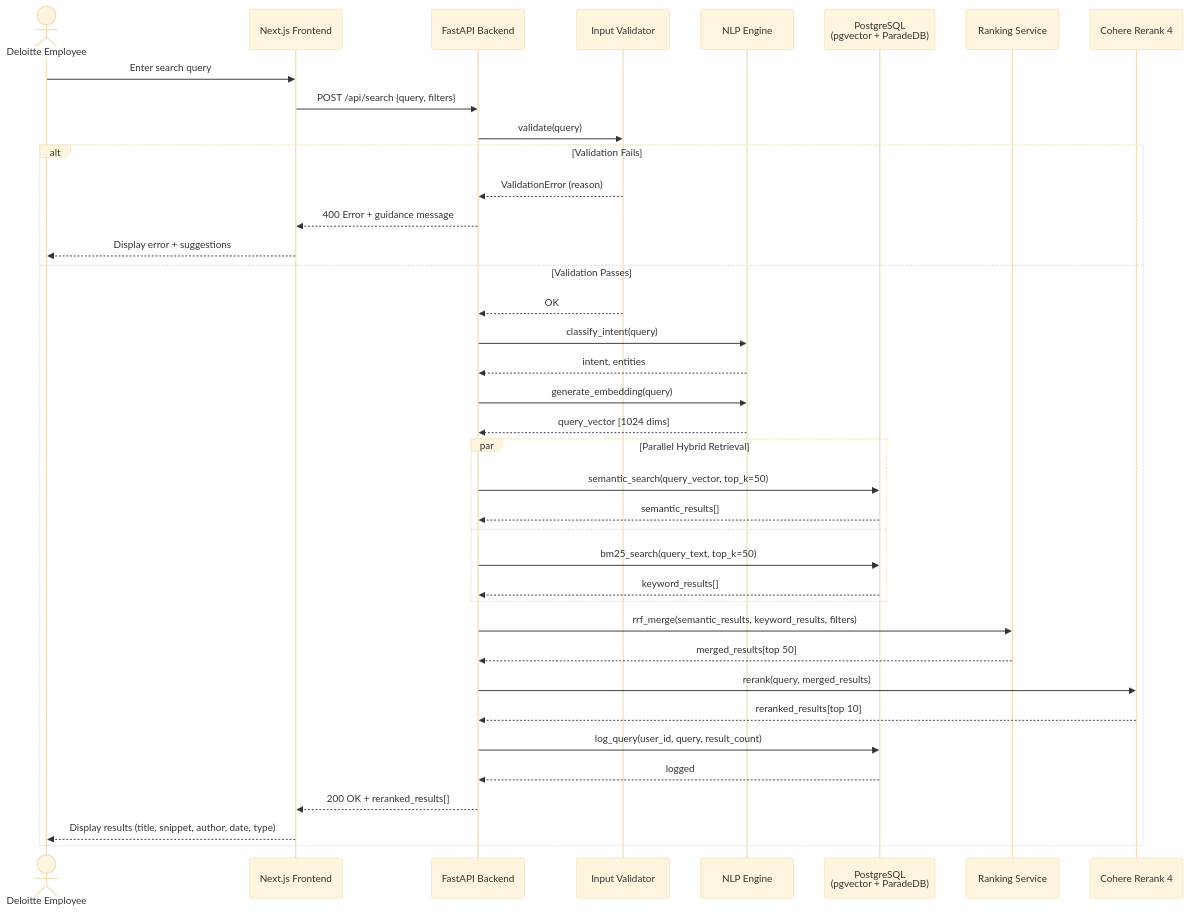
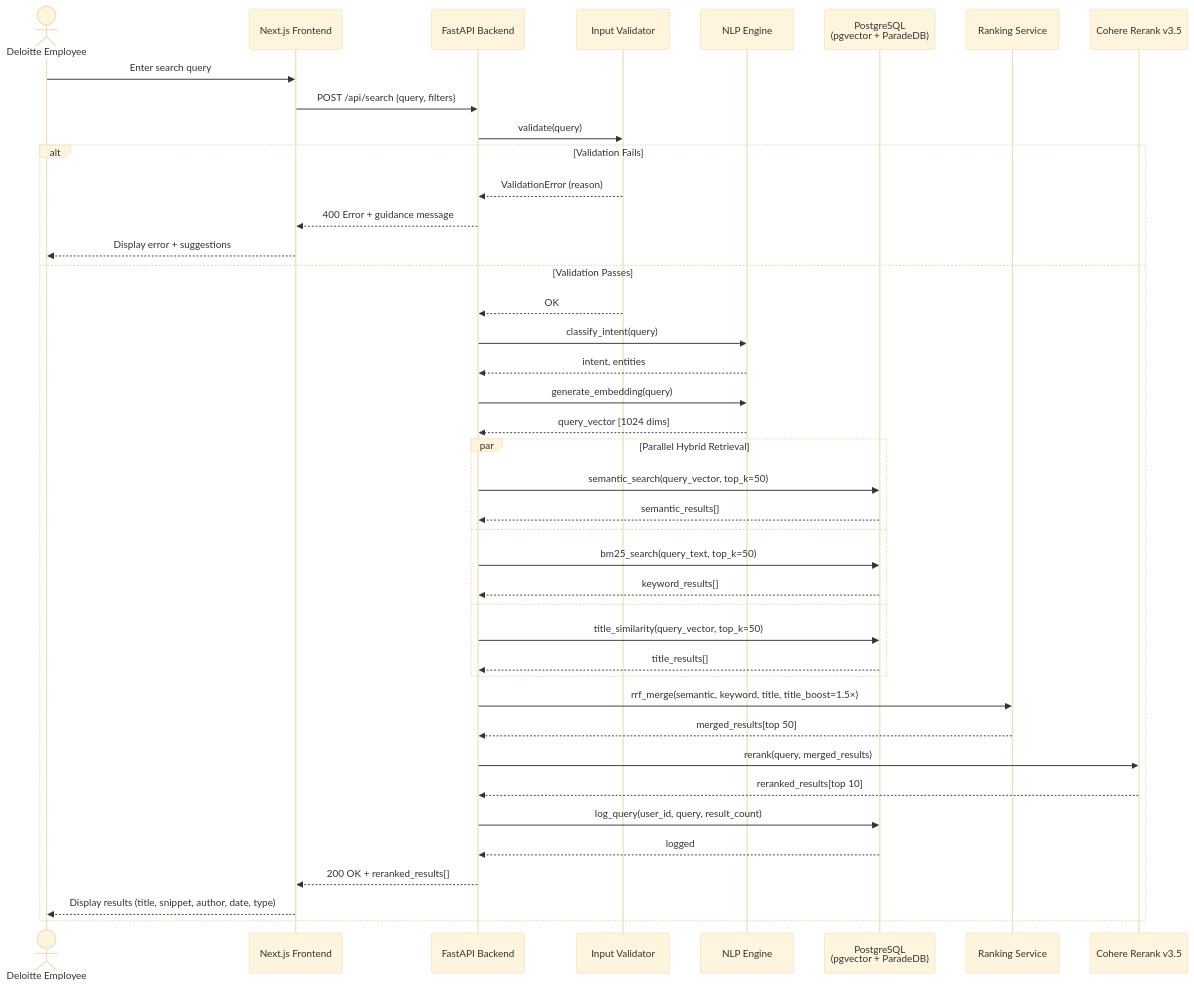
One commit to FlyM1ss/capstone-project changed the diagram in software-engineering/diagrams/sequence.mmd. Above: the diagram before and after it, drawn with Mermaid (base theme). The commit also changed 8 other files, not shown here.

Commit message:
diagram update

```diff
--- a/software-engineering/diagrams/sequence.mmd
+++ b/software-engineering/diagrams/sequence.mmd
@@ -1,42 +1,45 @@
 sequenceDiagram
     actor User as Deloitte Employee
     participant UI as Next.js Frontend
     participant API as FastAPI Backend
     participant Val as Input Validator
     participant NLP as NLP Engine
     participant DB as PostgreSQL<br/>(pgvector + ParadeDB)
     participant Rank as Ranking Service
-    participant RR as Cohere Rerank 4
+    participant RR as Cohere Rerank v3.5
 
     User->>UI: Enter search query
     UI->>API: POST /api/search {query, filters}
     API->>Val: validate(query)
 
     alt Validation Fails
         Val-->>API: ValidationError (reason)
         API-->>UI: 400 Error + guidance message
         UI-->>User: Display error + suggestions
     else Validation Passes
         Val-->>API: OK
         API->>NLP: classify_intent(query)
         NLP-->>API: intent, entities
         API->>NLP: generate_embedding(query)
         NLP-->>API: query_vector [1024 dims]
 
         par Parallel Hybrid Retrieval
             API->>DB: semantic_search(query_vector, top_k=50)
             DB-->>API: semantic_results[]
         and
             API->>DB: bm25_search(query_text, top_k=50)
             DB-->>API: keyword_results[]
+        and
+            API->>DB: title_similarity(query_vector, top_k=50)
+            DB-->>API: title_results[]
         end
 
-        API->>Rank: rrf_merge(semantic_results, keyword_results, filters)
+        API->>Rank: rrf_merge(semantic, keyword, title, title_boost=1.5×)
         Rank-->>API: merged_results[top 50]
         API->>RR: rerank(query, merged_results)
         RR-->>API: reranked_results[top 10]
         API->>DB: log_query(user_id, query, result_count)
         DB-->>API: logged
         API-->>UI: 200 OK + reranked_results[]
         UI-->>User: Display results (title, snippet, author, date, type)
     end
```
